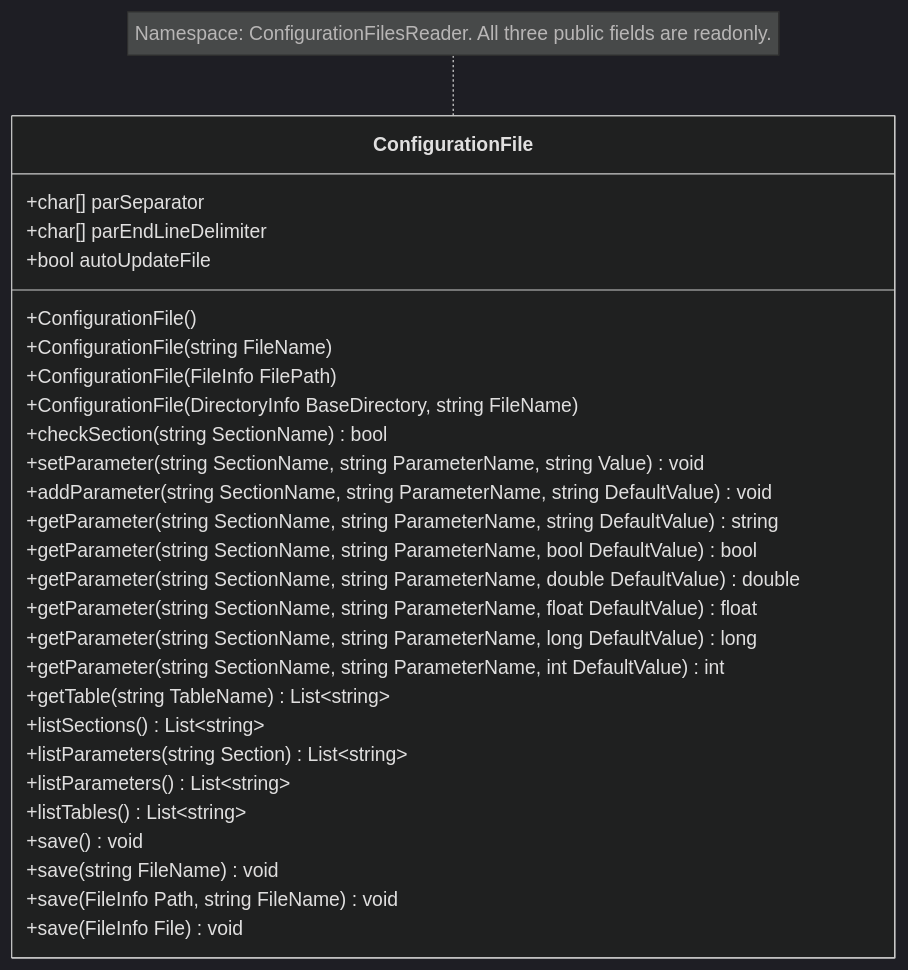
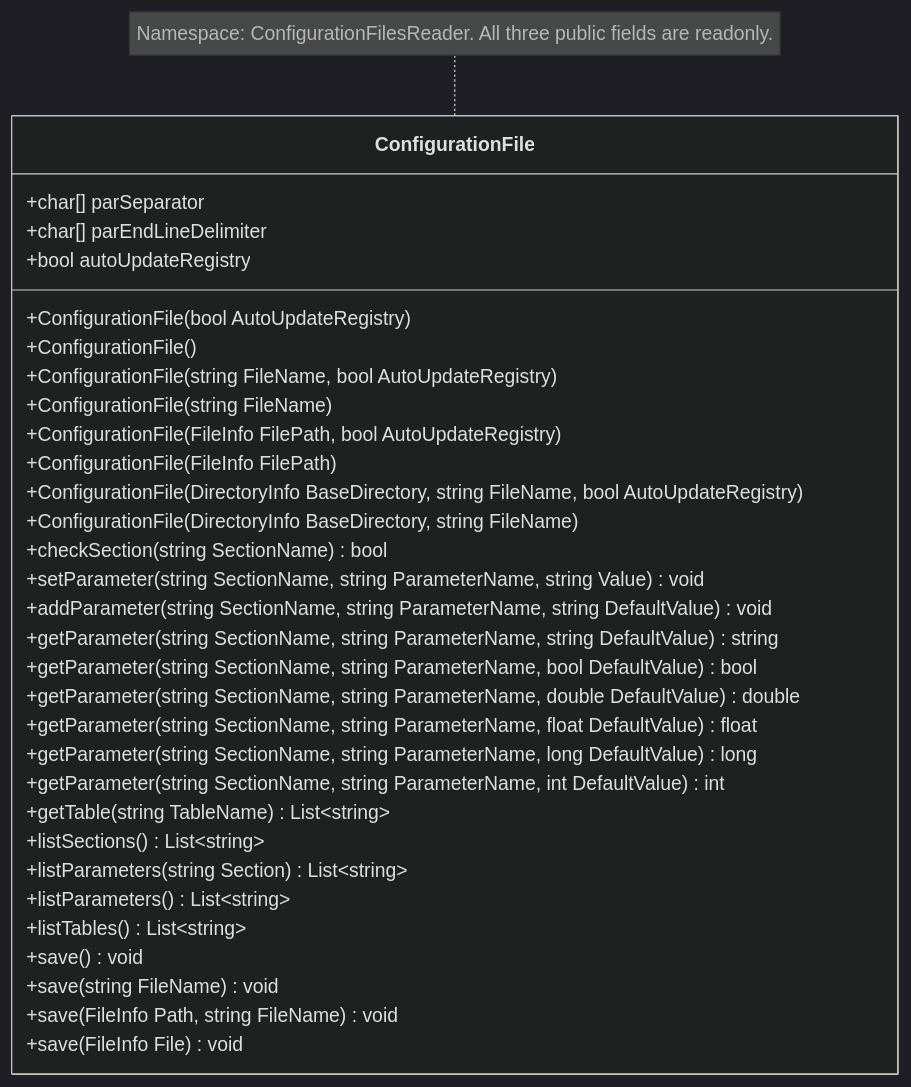
The diagram in README.md (delloiaconos/IniLike), drawn with Mermaid (dark theme) before and after one commit. The commit also changed other lines of this file and 3 other files, not shown here.

Commit message:
Renamed the flag to autoUpdateRegistry and added constructor overloads to enable it: - true: setParameter, addParameter, and getParameter create missing sections and parameters. - false (default): missing entries remain absent; existing parameters can still be updated.

````diff
--- a/README.md
+++ b/README.md
@@ -77,31 +77,35 @@
 ```mermaid
 classDiagram
     class ConfigurationFile {
         +char[] parSeparator
         +char[] parEndLineDelimiter
-        +bool autoUpdateFile
+        +bool autoUpdateRegistry
+        +ConfigurationFile(bool AutoUpdateRegistry)
         +ConfigurationFile()
+        +ConfigurationFile(string FileName, bool AutoUpdateRegistry)
         +ConfigurationFile(string FileName)
+        +ConfigurationFile(FileInfo FilePath, bool AutoUpdateRegistry)
         +ConfigurationFile(FileInfo FilePath)
+        +ConfigurationFile(DirectoryInfo BaseDirectory, string FileName, bool AutoUpdateRegistry)
         +ConfigurationFile(DirectoryInfo BaseDirectory, string FileName)
         +checkSection(string SectionName) bool
         +setParameter(string SectionName, string ParameterName, string Value) void
         +addParameter(string SectionName, string ParameterName, string DefaultValue) void
         +getParameter(string SectionName, string ParameterName, string DefaultValue) string
         +getParameter(string SectionName, string ParameterName, bool DefaultValue) bool
         +getParameter(string SectionName, string ParameterName, double DefaultValue) double
         +getParameter(string SectionName, string ParameterName, float DefaultValue) float
         +getParameter(string SectionName, string ParameterName, long DefaultValue) long
         +getParameter(string SectionName, string ParameterName, int DefaultValue) int
         +getTable(string TableName) List~string~
         +listSections() List~string~
         +listParameters(string Section) List~string~
         +listParameters() List~string~
         +listTables() List~string~
         +save() void
         +save(string FileName) void
         +save(FileInfo Path, string FileName) void
         +save(FileInfo File) void
     }
     note for ConfigurationFile "Namespace: ConfigurationFilesReader. All three public fields are readonly."
 ```
````
